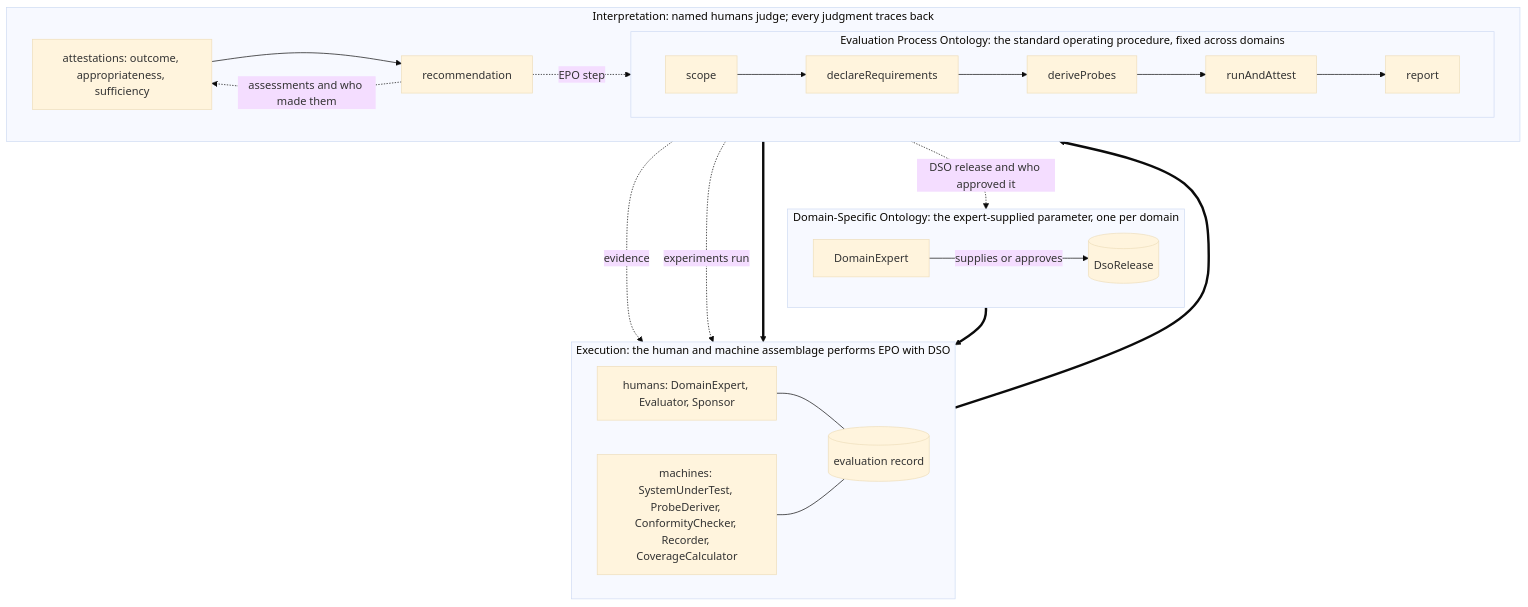
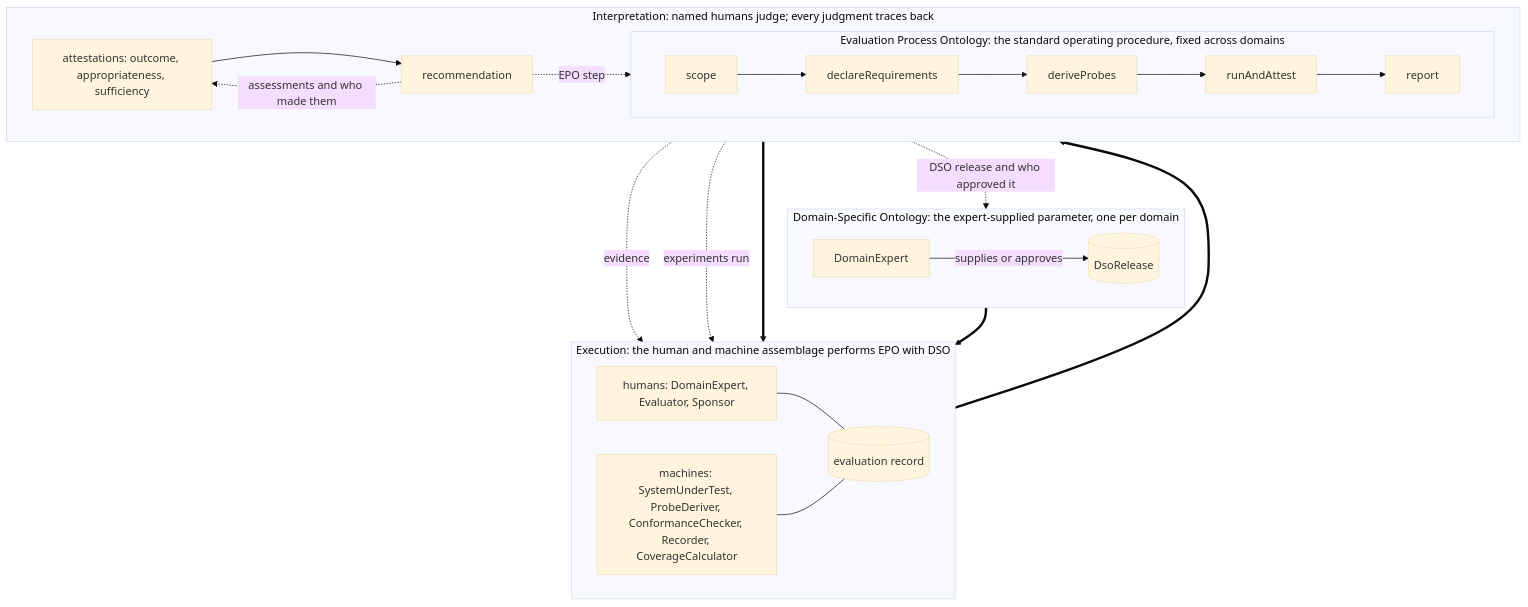
The diagram in generated/layers.md (DynamicalSystemsGroup/og-caie-spec), drawn with Mermaid (base theme) before and after one commit. The commit also changed 19 other files, not shown here.

````diff
--- a/generated/layers.md
+++ b/generated/layers.md
@@ -3,30 +3,30 @@
 ```{mermaid}
 flowchart TB
   subgraph EPO["Evaluation Process Ontology: the standard operating procedure, fixed across domains"]
     direction LR
     s0[scope] --> s1[declareRequirements] --> s2[deriveProbes] --> s3[runAndAttest] --> s4[report]
   end
   subgraph DSO["Domain-Specific Ontology: the expert-supplied parameter, one per domain"]
     direction LR
     de[DomainExpert] -- supplies or approves --> dso[(DsoRelease)]
   end
   subgraph EXEC["Execution: the human and machine assemblage performs EPO with DSO"]
     direction LR
     H["humans: DomainExpert, Evaluator, Sponsor"]
-    M["machines: SystemUnderTest, ProbeDeriver, ConformityChecker, Recorder, CoverageCalculator"]
+    M["machines: SystemUnderTest, ProbeDeriver, ConformanceChecker, Recorder, CoverageCalculator"]
     H --- rec[(evaluation record)]
     M --- rec
   end
   subgraph INTERP["Interpretation: named humans judge; every judgment traces back"]
     direction LR
     att[attestations: outcome, appropriateness, sufficiency] --> recmd[recommendation]
     recmd -. evidence .-> rec
     recmd -. experiments run .-> rec
     recmd -. assessments and who made them .-> att
     recmd -. DSO release and who approved it .-> dso
     recmd -. EPO step .-> EPO
   end
   EPO ==> EXEC
   DSO ==> EXEC
   EXEC ==> INTERP
 ```
````
